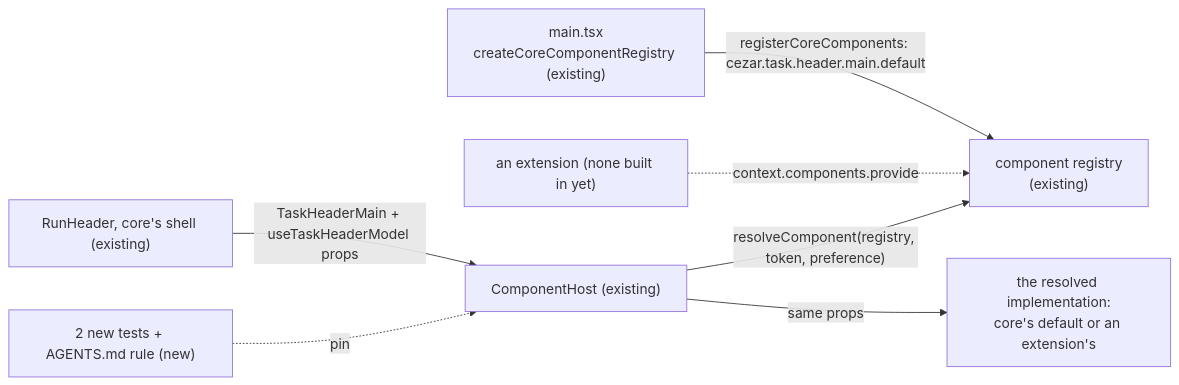
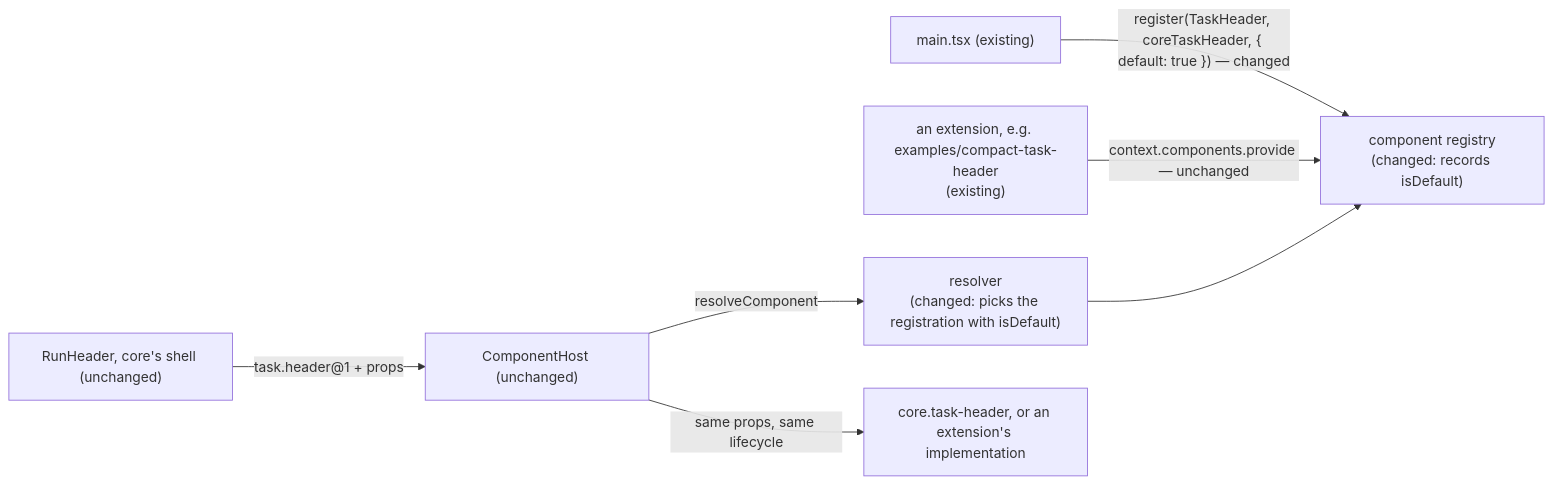
Before and after one commit to DarrenStasiakDev4You/cezar-hackathon-ale-patryk-nazywa-go-brutusem: the diagram in .ai/specs/2026-09-19-core-task-header-registration.md, drawn with Mermaid. The commit also changed other lines of this file, not shown here.

First line of the commit message:
docs(specs): rework core-task-header-registration after the owner's answers

````diff
--- a/.ai/specs/2026-09-19-core-task-header-registration.md
+++ b/.ai/specs/2026-09-19-core-task-header-registration.md
@@ -108,9 +130,9 @@
 ```mermaid
 flowchart LR
-  main["main.tsx<br/>createCoreComponentRegistry (existing)"] -->|"registerCoreComponents: cezar.task.header.main.default"| reg["component registry<br/>(existing)"]
-  ext["an extension (none built in yet)"] -.->|"context.components.provide"| reg
-  shell["RunHeader, core's shell (existing)"] -->|"TaskHeaderMain + useTaskHeaderModel props"| host["ComponentHost (existing)"]
-  host -->|"resolveComponent(registry, token, preference)"| reg
-  host -->|"same props"| impl["the resolved implementation:<br/>core's default or an extension's"]
-  tests["2 new tests + AGENTS.md rule (new)"] -.->|"pin"| host
+  main["main.tsx (existing)"] -->|"register(TaskHeader, coreTaskHeader, { default: true }) — changed"| reg["component registry<br/>(changed: records isDefault)"]
+  ext["an extension, e.g. examples/compact-task-header<br/>(existing)"] -->|"context.components.provide — unchanged"| reg
+  shell["RunHeader, core's shell (unchanged)"] -->|"task.header@1 + props"| host["ComponentHost (unchanged)"]
+  host -->|"resolveComponent"| resolve["resolver<br/>(changed: picks the registration with isDefault)"]
+  resolve --> reg
+  host -->|"same props, same lifecycle"| impl["core.task-header, or an extension's implementation"]
 ```
````
